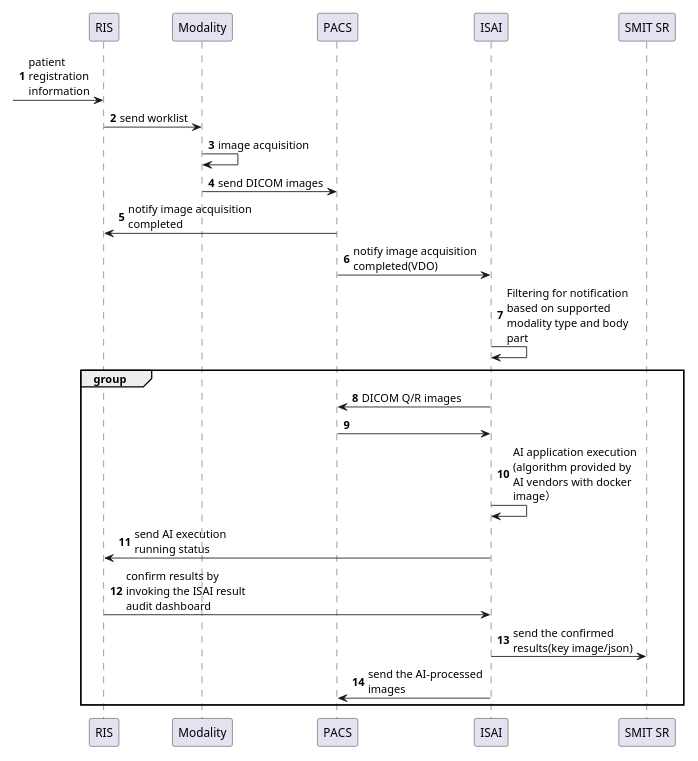
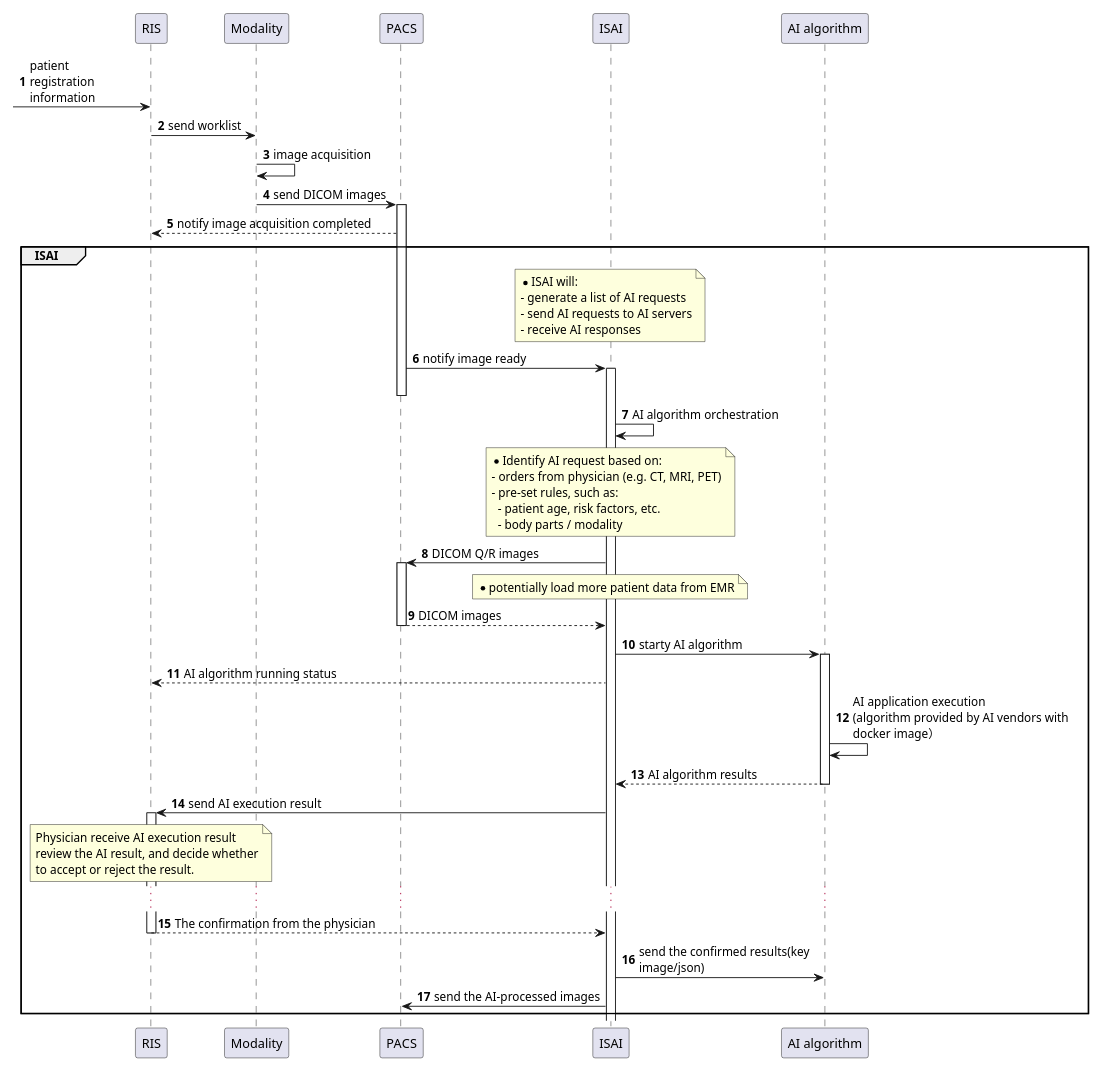
One commit to xmiao/AI.interoperability changed the diagram in images-source/ISAI/ISAI-flow.puml. Above: the diagram before and after it, drawn with PlantUML. The commit also changed 5 other files, not shown here.

```diff
--- a/images-source/ISAI/ISAI-flow.puml
+++ b/images-source/ISAI/ISAI-flow.puml
@@ -1,65 +1,96 @@
 @startuml
 'https://plantuml.com/sequence-diagram
 
-skinparam maxMessageSize 150
-scale 500 width
+skinparam maxMessageSize 250
+scale 800 width
 autonumber
 
 actor "Patient" as patient
 actor "Doctor" as doctor
 actor "Nurse" as nurse
 actor "Pharmacist" as pharmacist
 actor "Radiologist" as radiologist
 actor "X-Ray Technician" as xraytechnician
 actor "Cardiologist" as cardiologist
 actor "Surgeon" as surgeon
 actor "Anesthesiologist" as anesthesiologist
 actor "Pathologist" as pathologist
 actor "Psychiatrist" as psychiatrist
 actor "Third Party" as thirdparty
 actor "AI algorithm" as ai
 
 participant RIS as RIS
 participant PACS as PACS
 participant EMR as EMR
 participant ISAI as ISAI
 
 participant "RIS" as R
 participant "Modality" as M
 participant "PACS" as P
 participant "ISAI" as I
-participant "SMIT SR" as S
+participant "AI algorithm" as S
 
 
 hide @unlinked
 
 'group CTA
 'patient -> doctor: I need a doctor
 'cardiologist -> pathologist:
 'end
 
  -> R: patient\nregistration\ninformation
 
 'R -> I++: patient registration（VDO)
 'return worklist
 
 R -> M: send worklist
 M -> M: image acquisition
 M -> P: send DICOM images
-P -> R: notify image acquisition completed
-P -> I: notify image acquisition completed(VDO)
+P++
+P -[dotted]-> R: notify image acquisition completed
 
-I -> I: Filtering for notification based on supported modality type and body part
 
-group
-    P <- I: DICOM Q/R images
-    P -> I:
-    I -> I: AI application execution (algorithm provided by AI vendors with docker image）
-    I -> R: send AI execution running status
-    R -> I: confirm results by invoking the ISAI result audit dashboard
+group ISAI
+    note over I
+    * ISAI will:
+    - generate a list of AI requests
+    - send AI requests to AI servers
+    - receive AI responses
+    end note
+
+    P -> I++: notify image ready
+    P--
+
+    I -> I: AI algorithm orchestration
+    note over I
+    * Identify AI request based on:
+    - orders from physician (e.g. CT, MRI, PET)
+    - pre-set rules, such as:
+      - patient age, risk factors, etc.
+      - body parts / modality
+    end note
+
+    I -> P++: DICOM Q/R images
+    note over I
+    * potentially load more patient data from EMR
+    end note
+    return DICOM images
+
+    I -> S++: starty AI algorithm
+    I -[dotted]-> R: AI algorithm running status
+    S -> S: AI application execution\n(algorithm provided by AI vendors with docker image）
+    return AI algorithm results
+    I -> R++: send AI execution result
+    note over R
+    Physician receive AI execution result
+    review the AI result, and decide whether
+    to accept or reject the result.
+    end note
+    ...
+    return The confirmation from the physician
     I -> S: send the confirmed results(key image/json)
     I -> P: send the AI-processed images
 end
 
 
 @enduml
```
